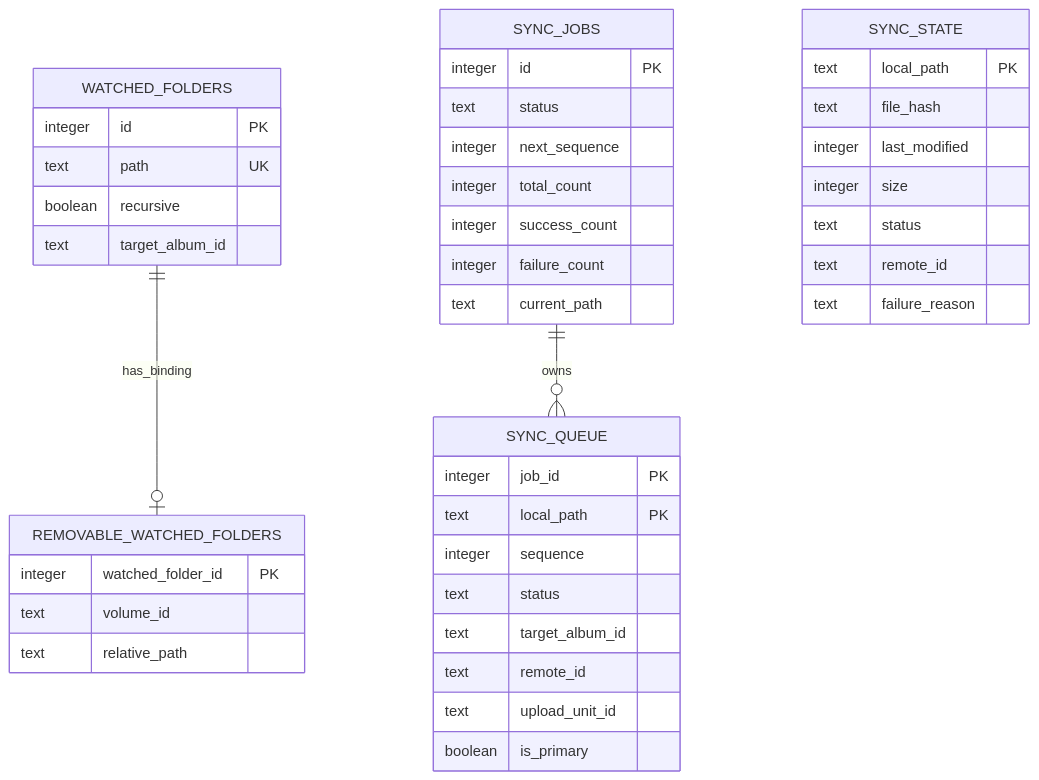
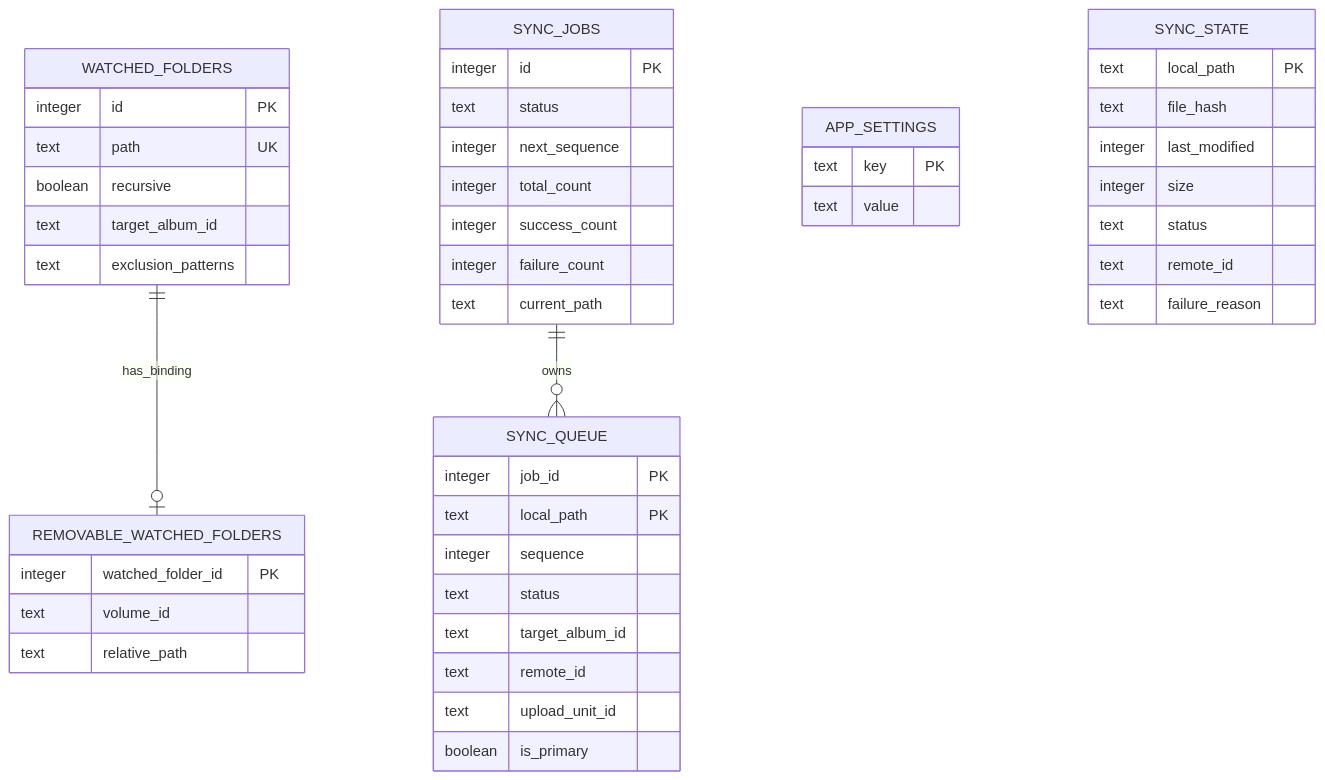
The first of 3 diagrams in openwiki/data/local-state.md (xXRoxXeRXx/lymic), drawn with Mermaid before and after one commit. The commit also changed other lines of this file and 28 other files, not shown here.

````diff
--- a/openwiki/data/local-state.md
+++ b/openwiki/data/local-state.md
@@ -43,44 +49,49 @@
 ```mermaid
 erDiagram
     WATCHED_FOLDERS ||--o| REMOVABLE_WATCHED_FOLDERS : has_binding
     SYNC_JOBS ||--o{ SYNC_QUEUE : owns
     WATCHED_FOLDERS {
         integer id PK
         text path UK
         boolean recursive
         text target_album_id
+        text exclusion_patterns
     }
     REMOVABLE_WATCHED_FOLDERS {
         integer watched_folder_id PK
         text volume_id
         text relative_path
+    }
+    APP_SETTINGS {
+        text key PK
+        text value
     }
     SYNC_JOBS {
         integer id PK
         text status
         integer next_sequence
         integer total_count
         integer success_count
         integer failure_count
         text current_path
     }
     SYNC_QUEUE {
         integer job_id PK
         text local_path PK
         integer sequence
         text status
         text target_album_id
         text remote_id
         text upload_unit_id
         boolean is_primary
     }
     SYNC_STATE {
         text local_path PK
         text file_hash
         integer last_modified
         integer size
         text status
         text remote_id
         text failure_reason
     }
 ```
````
